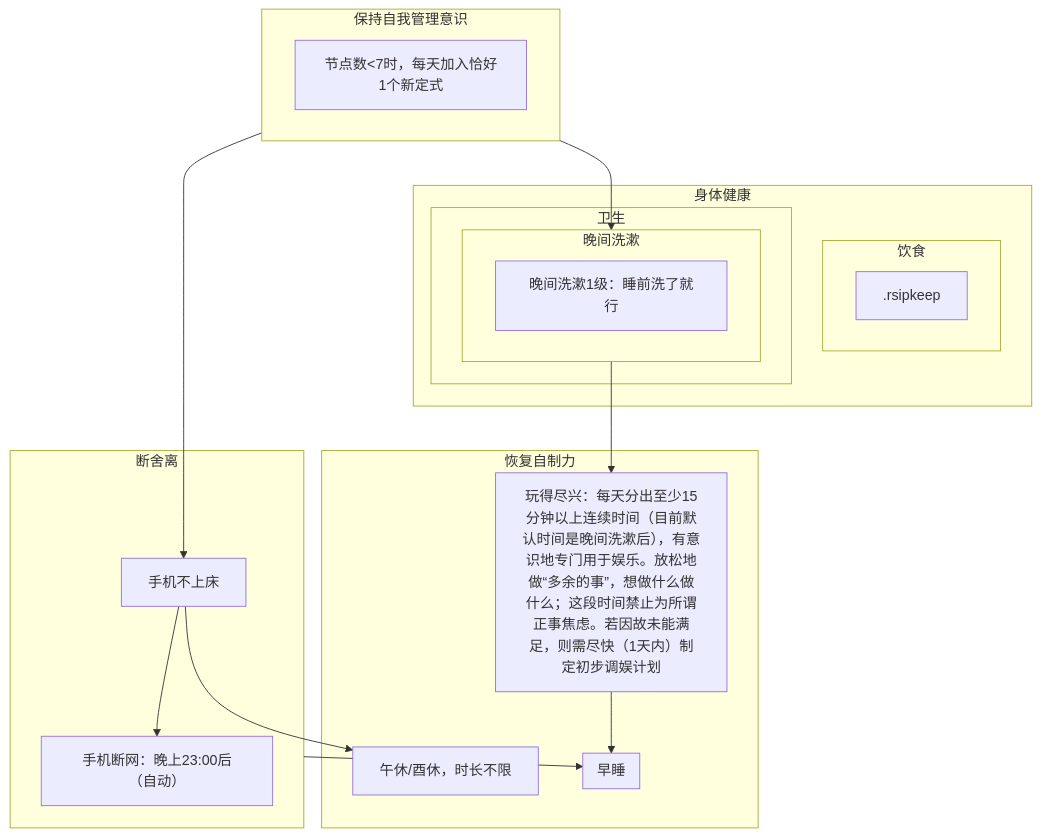
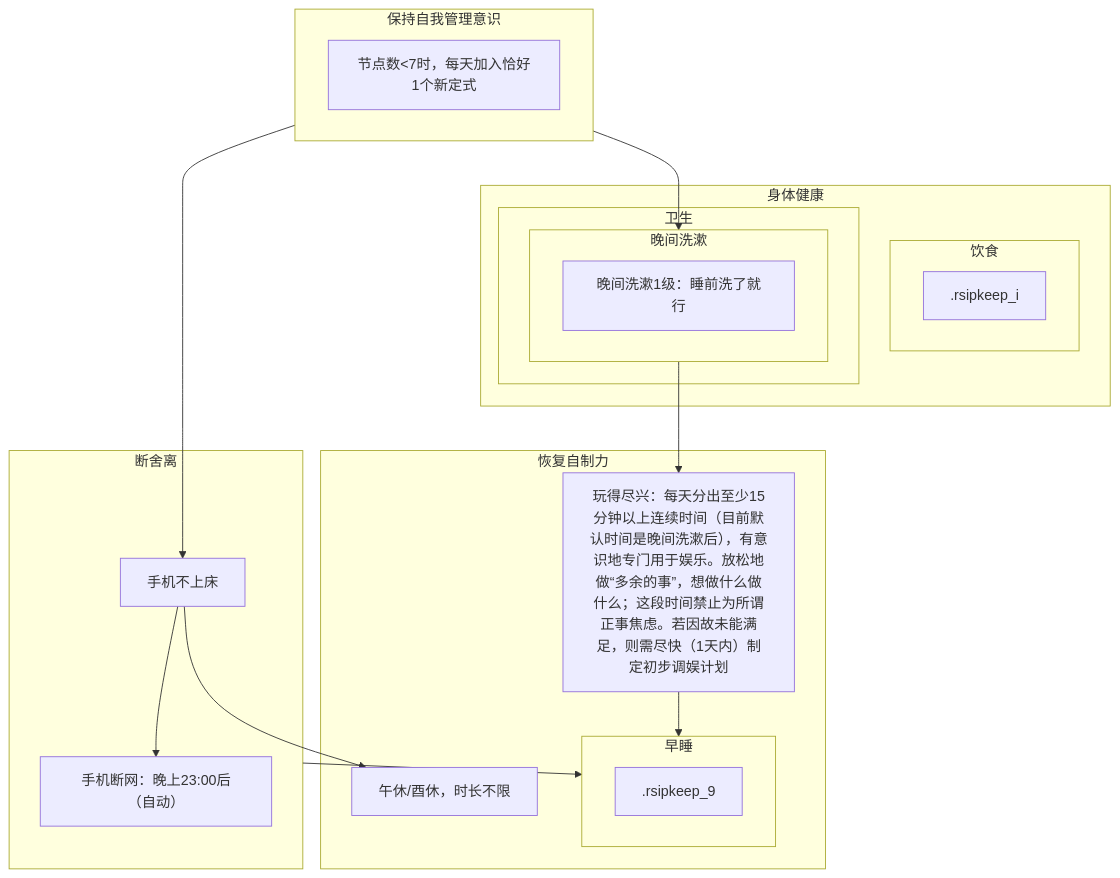
The diagram in README.md (Ethkuil/RSIP-tree), drawn with Mermaid before and after one commit.

Commit message:
fix naming conflict

````diff
--- a/README.md
+++ b/README.md
@@ -7,37 +7,37 @@
 ```mermaid
 graph TD
 
 subgraph 5[保持自我管理意识]
   0[节点数<7时，每天加入恰好1个新定式]
 end
 5 --> 1
 5 --> 6
 
 subgraph d[断舍离]
   1[手机不上床]
   1 --> e[手机断网：晚上23:00后（自动）]
 end
 
 subgraph g[身体健康]
   subgraph h[卫生]
     subgraph 6[晚间洗漱]
       b[晚间洗漱1级：睡前洗了就行]
     end
   end
   subgraph i[饮食]
-    .rsipkeep
+    .rsipkeep_i
   end
 end
 
 1 --> 2
 d --> 9
 6 --> 8
 subgraph f[恢复自制力]
   2[午休/酉休，时长不限]
   8[玩得尽兴：每天分出至少15分钟以上连续时间（目前默认时间是晚间洗漱后），有意识地专门用于娱乐。放松地做“多余的事”，想做什么做什么；这段时间禁止为所谓正事焦虑。若因故未能满足，则需尽快（1天内）制定初步调娱计划]
   8 --> 9
   subgraph 9[早睡]
-    .rsipkeep
+    .rsipkeep_9
   end
 end
 ```
````
